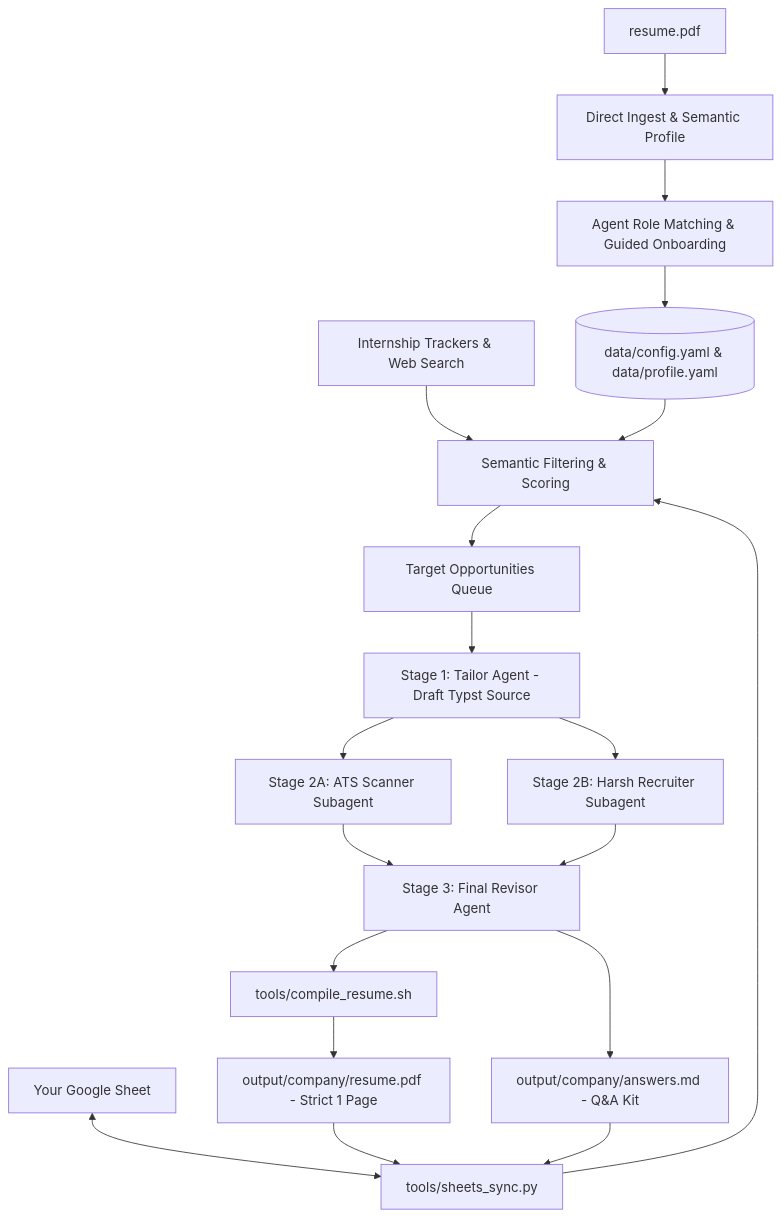
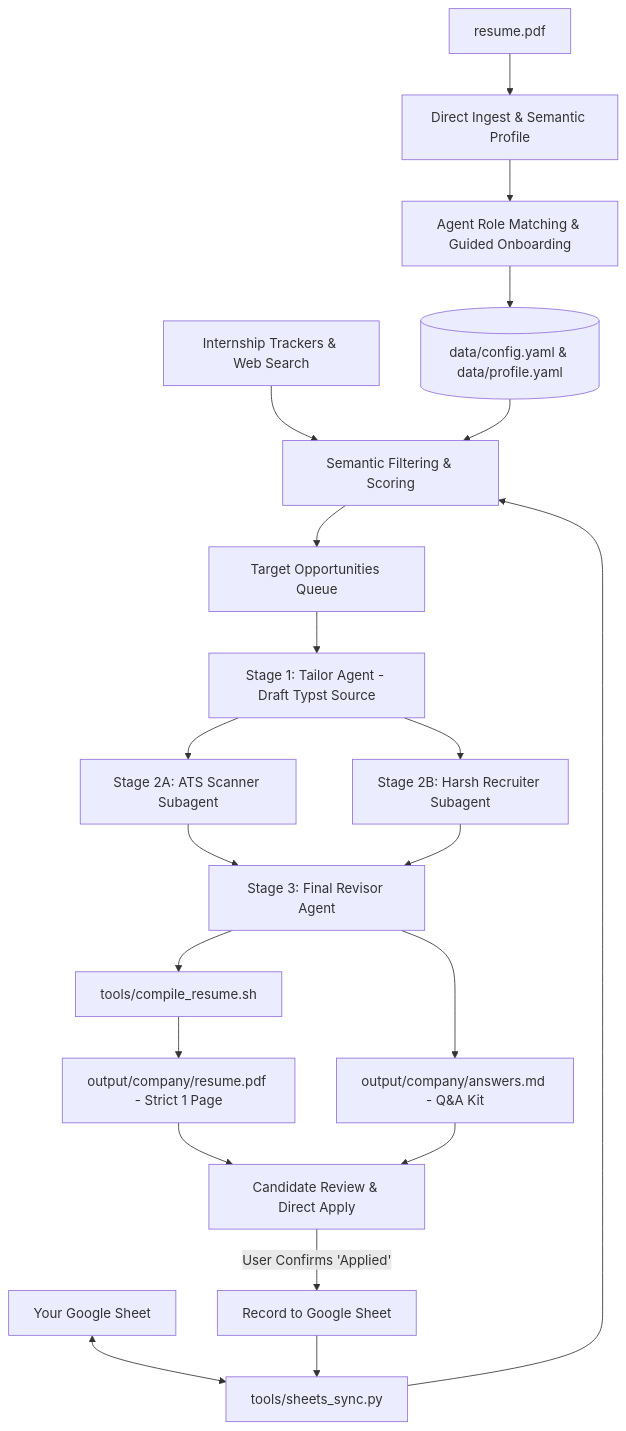
The diagram in README.md (AtesIsf/internship-hunter), drawn with Mermaid before and after one commit. The commit also changed other lines of this file and 1 other file, not shown here.

Commit message:
feat(workflow): update review-apply-sync protocol in skill and readme

````diff
--- a/README.md
+++ b/README.md
@@ -24,21 +25,23 @@
 ```mermaid
 flowchart TD
     A[resume.pdf] --> B[Direct Ingest & Semantic Profile]
     B --> C[Agent Role Matching & Guided Onboarding]
     C --> D[(data/config.yaml & data/profile.yaml)]
     
     E[Your Google Sheet] <--> F[tools/sheets_sync.py]
     
     G[Internship Trackers & Web Search] --> H[Semantic Filtering & Scoring]
     D & F --> H
     H --> I[Target Opportunities Queue]
     
     I --> J[Stage 1: Tailor Agent - Draft Typst Source]
     J --> K[Stage 2A: ATS Scanner Subagent]
     J --> L[Stage 2B: Harsh Recruiter Subagent]
     K & L --> M[Stage 3: Final Revisor Agent]
     M --> N[tools/compile_resume.sh]
     N --> O[output/company/resume.pdf - Strict 1 Page]
     M --> P[output/company/answers.md - Q&A Kit]
-    O & P --> F
+    O & P --> Q[Candidate Review & Direct Apply]
+    Q -->|User Confirms 'Applied'| R[Record to Google Sheet]
+    R --> F
 ```
````
